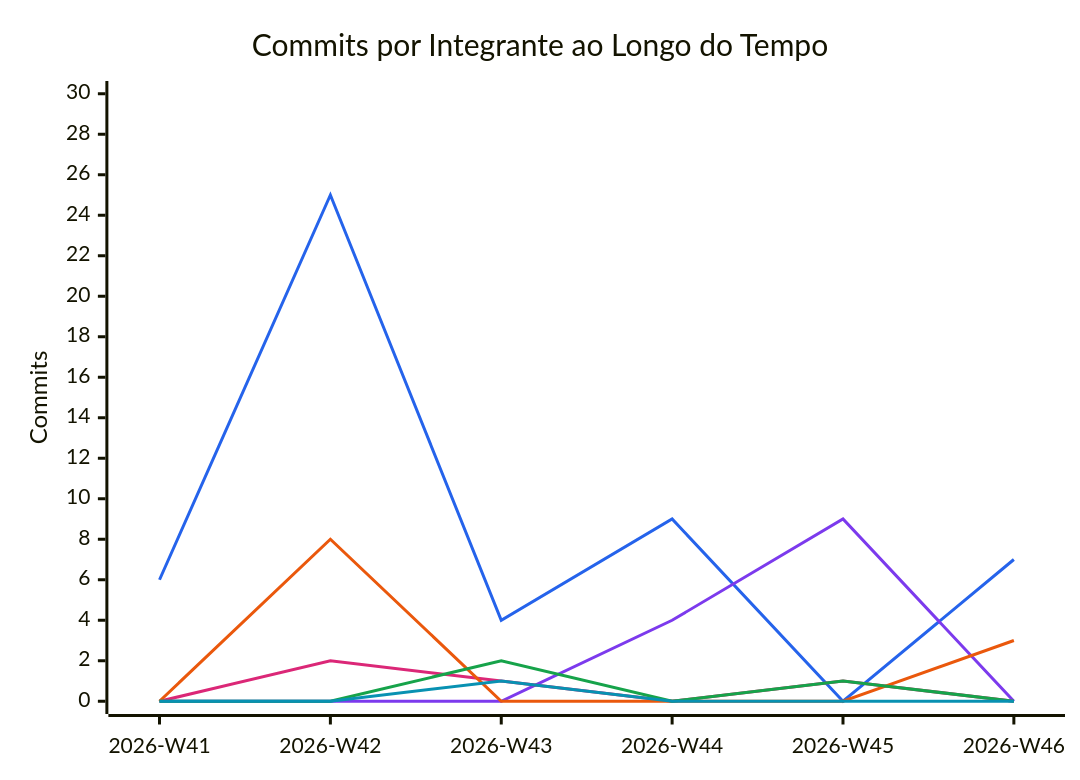
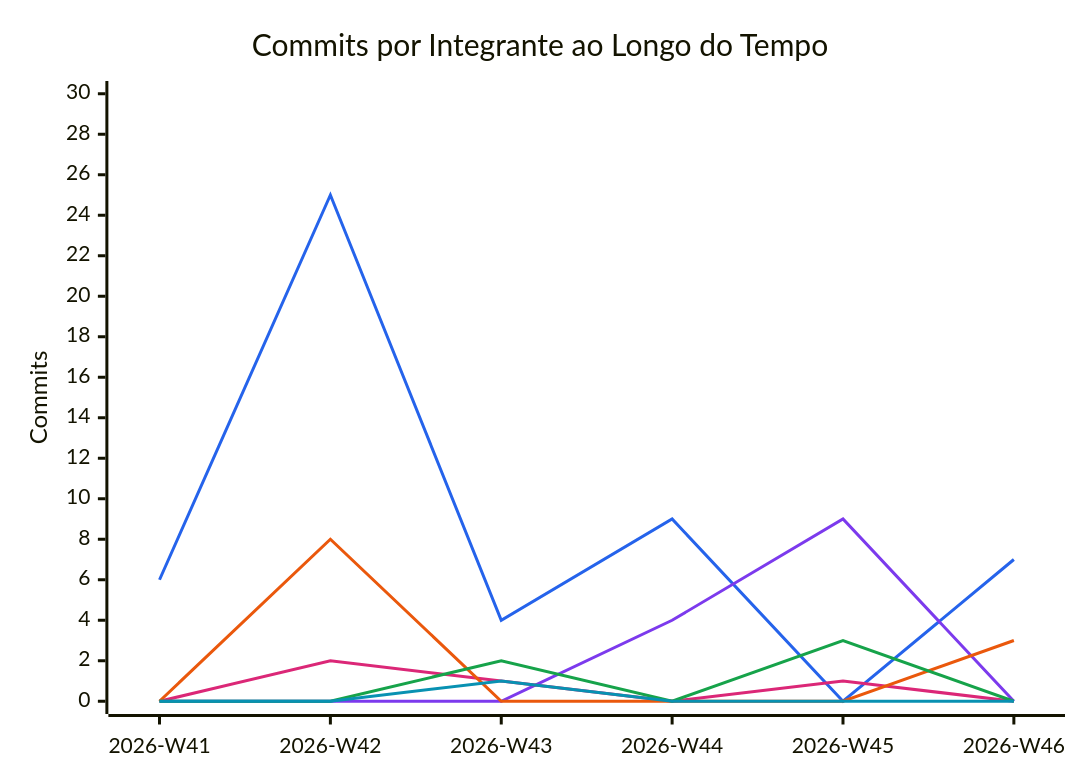
Before and after one commit to FCTE-Qualidade-de-Software-1/2026-2_T01_FRANS_BILAS: the diagram in documentation/snippets/management/commit-velocity.mmd, drawn with Mermaid. The commit also changed 5 other files, not shown here.

```diff
--- a/documentation/snippets/management/commit-velocity.mmd
+++ b/documentation/snippets/management/commit-velocity.mmd
@@ -1,11 +1,11 @@
 %%{init: {"themeVariables": {"xyChart": {"plotColorPalette": "#2563eb, #7c3aed, #db2777, #ea580c, #16a34a, #0891b2"}}}}%%
 xychart-beta
     title "Commits por Integrante ao Longo do Tempo"
     x-axis ["2026-W41", "2026-W42", "2026-W43", "2026-W44", "2026-W45", "2026-W46"]
     y-axis "Commits" 0 --> 30
     line [6, 25, 4, 9, 0, 7]
     line [0, 0, 0, 4, 9, 0]
     line [0, 2, 1, 0, 1, 0]
     line [0, 8, 0, 0, 0, 3]
-    line [0, 0, 2, 0, 1, 0]
+    line [0, 0, 2, 0, 3, 0]
     line [0, 0, 1, 0, 0, 0]
```
